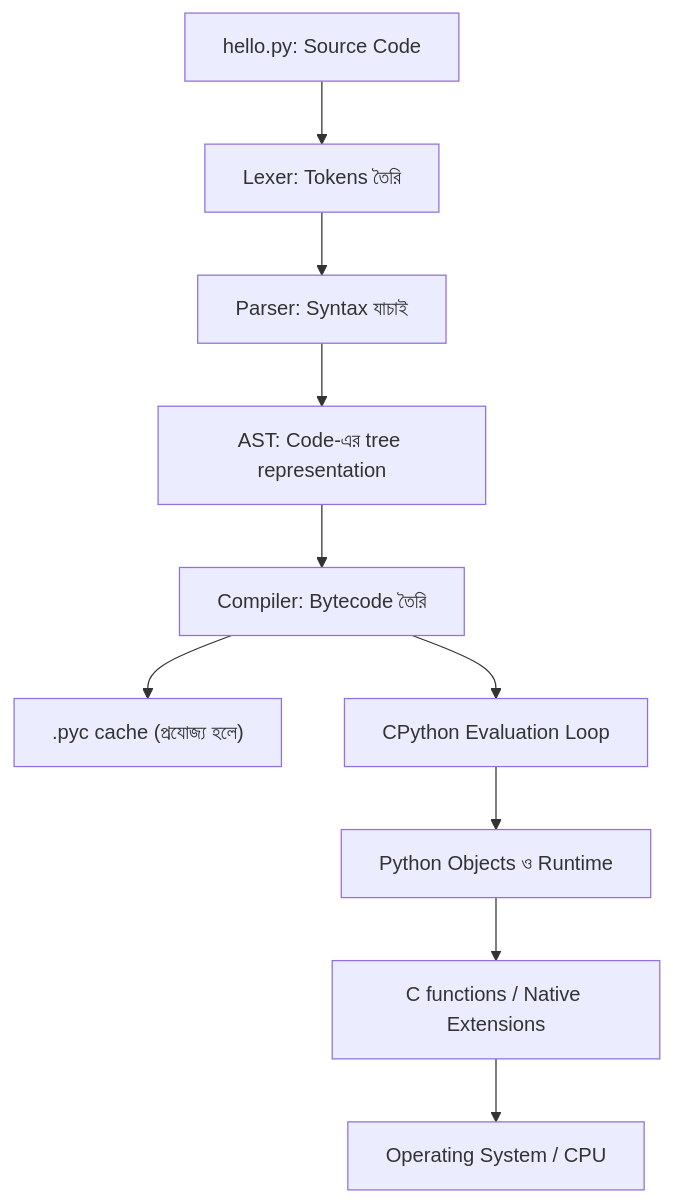
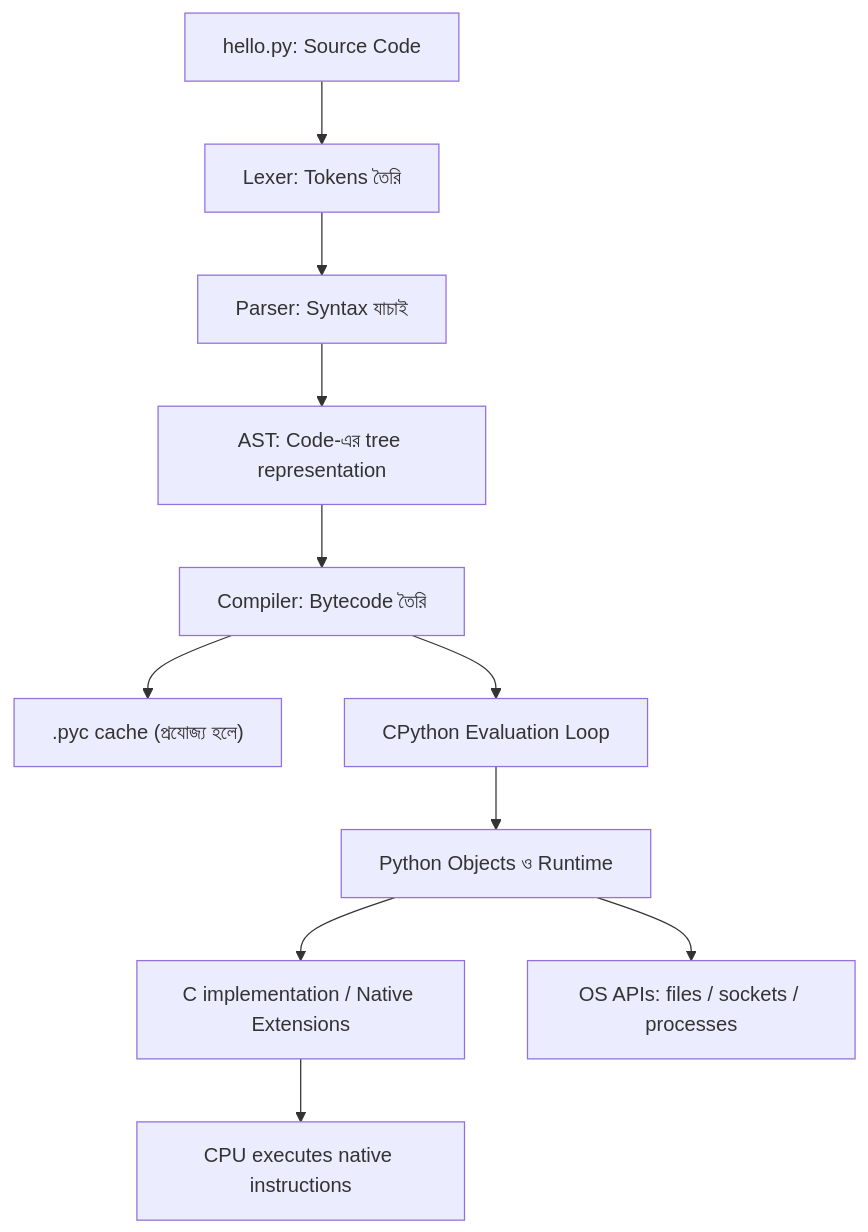
Before and after one commit to shomi-khan/preparation: the first of 7 diagrams in day1/01-python-fundamentals/README.md, drawn with Mermaid. The commit also changed 8 other files, not shown here.

Commit message:
docs(day1): improve chapter explanations, diagrams, Q&A and notebooks

````diff
--- a/day1/01-python-fundamentals/README.md
+++ b/day1/01-python-fundamentals/README.md
@@ -499,12 +499,13 @@
 ```mermaid
 flowchart TD
     A["hello.py: Source Code"] --> B["Lexer: Tokens তৈরি"]
     B --> C["Parser: Syntax যাচাই"]
     C --> D["AST: Code-এর tree representation"]
     D --> E["Compiler: Bytecode তৈরি"]
     E --> F[".pyc cache (প্রযোজ্য হলে)"]
     E --> G["CPython Evaluation Loop"]
     G --> H["Python Objects ও Runtime"]
-    H --> I["C functions / Native Extensions"]
-    I --> J["Operating System / CPU"]
+    H --> I["C implementation / Native Extensions"]
+    I --> J["CPU executes native instructions"]
+    H --> K["OS APIs: files / sockets / processes"]
 ```
````
